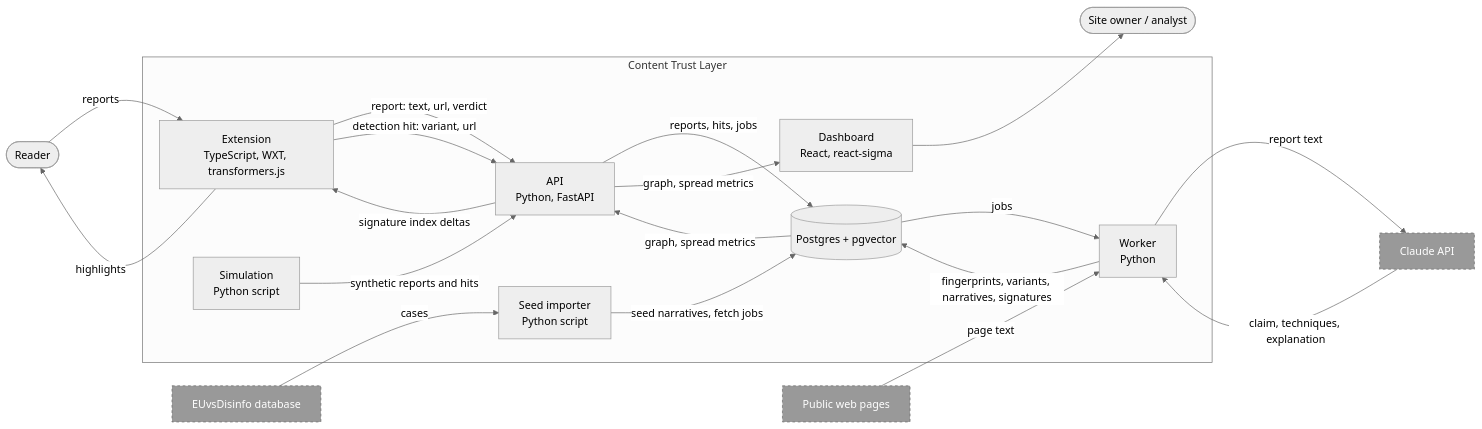
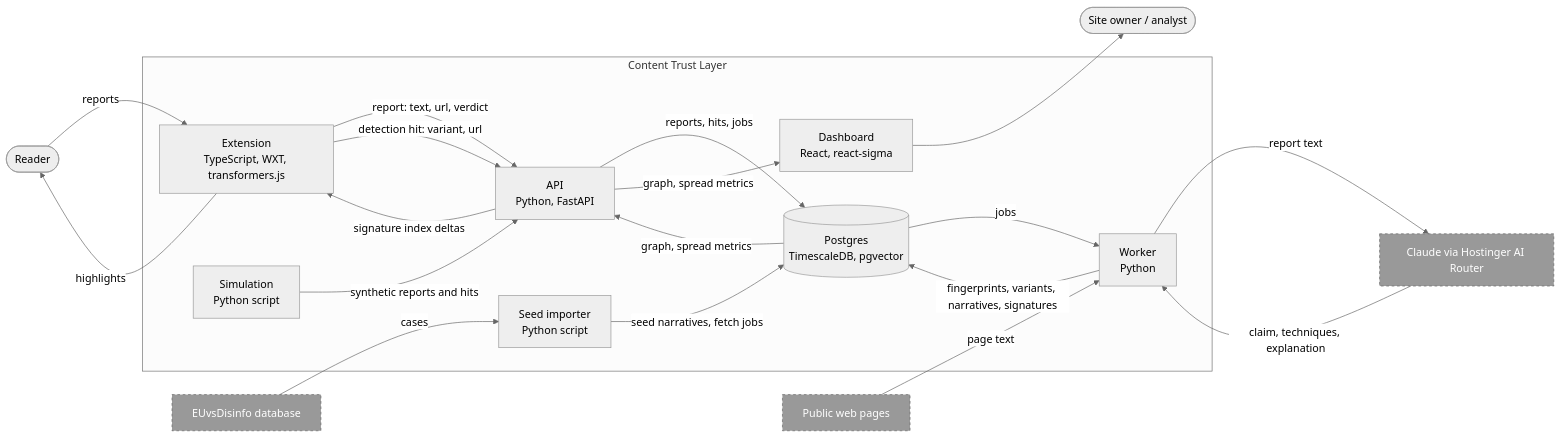
The second of 4 diagrams in docs/components.md (nlinnanen/konklaavi), drawn with Mermaid (neutral theme) before and after one commit. The commit also changed other lines of this file and 1 other file, not shown here.

Commit message:
docs: decide TimescaleDB storage and Hostinger deployment
Develop against a local timescaledb-ha container so the schema moves
to the VPS or Tiger Cloud by changing the connection string. Store
observations as a hypertable with continuous aggregates for spread
charts, and route Claude calls through Hostinger's AI Router.

````diff
--- a/docs/components.md
+++ b/docs/components.md
@@ -30,40 +30,40 @@
 ```mermaid
 flowchart LR
   Reader(["Reader"])
   Owner(["Site owner / analyst"])
 
   subgraph Sys["Content Trust Layer"]
     Ext["Extension<br/>TypeScript, WXT, transformers.js"]
     API["API<br/>Python, FastAPI"]
     Worker["Worker<br/>Python"]
-    DB[("Postgres + pgvector")]
+    DB[("Postgres<br/>TimescaleDB, pgvector")]
     Dash["Dashboard<br/>React, react-sigma"]
     Seed["Seed importer<br/>Python script"]
     Sim["Simulation<br/>Python script"]
   end
 
   Web["Public web pages"]
   EU["EUvsDisinfo database"]
-  Claude["Claude API"]
+  Claude["Claude via Hostinger AI Router"]
 
   Reader -->|reports| Ext
   Ext -->|highlights| Reader
   Ext -->|"report: text, url, verdict"| API
   Ext -->|"detection hit: variant, url"| API
   API -->|signature index deltas| Ext
   API -->|reports, hits, jobs| DB
   DB -->|jobs| Worker
   Worker -->|"fingerprints, variants, narratives, signatures"| DB
   Web -->|page text| Worker
   Worker -->|report text| Claude
   Claude -->|claim, techniques, explanation| Worker
   EU -->|cases| Seed
   Seed -->|seed narratives, fetch jobs| DB
   DB -->|graph, spread metrics| API
   API -->|graph, spread metrics| Dash
   Dash --> Owner
   Sim -->|synthetic reports and hits| API
 
   classDef ext fill:#999,stroke:#666,stroke-dasharray:4,color:#fff
   class Web,EU,Claude ext
 ```
````
